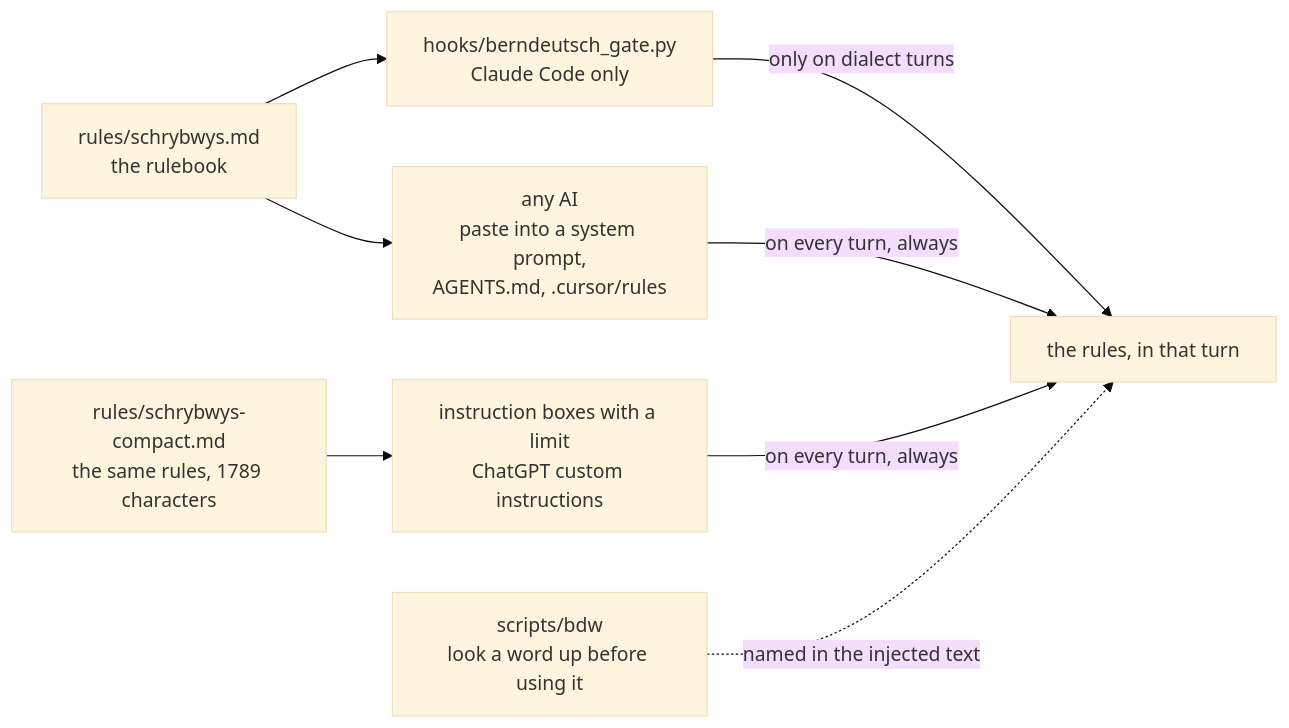
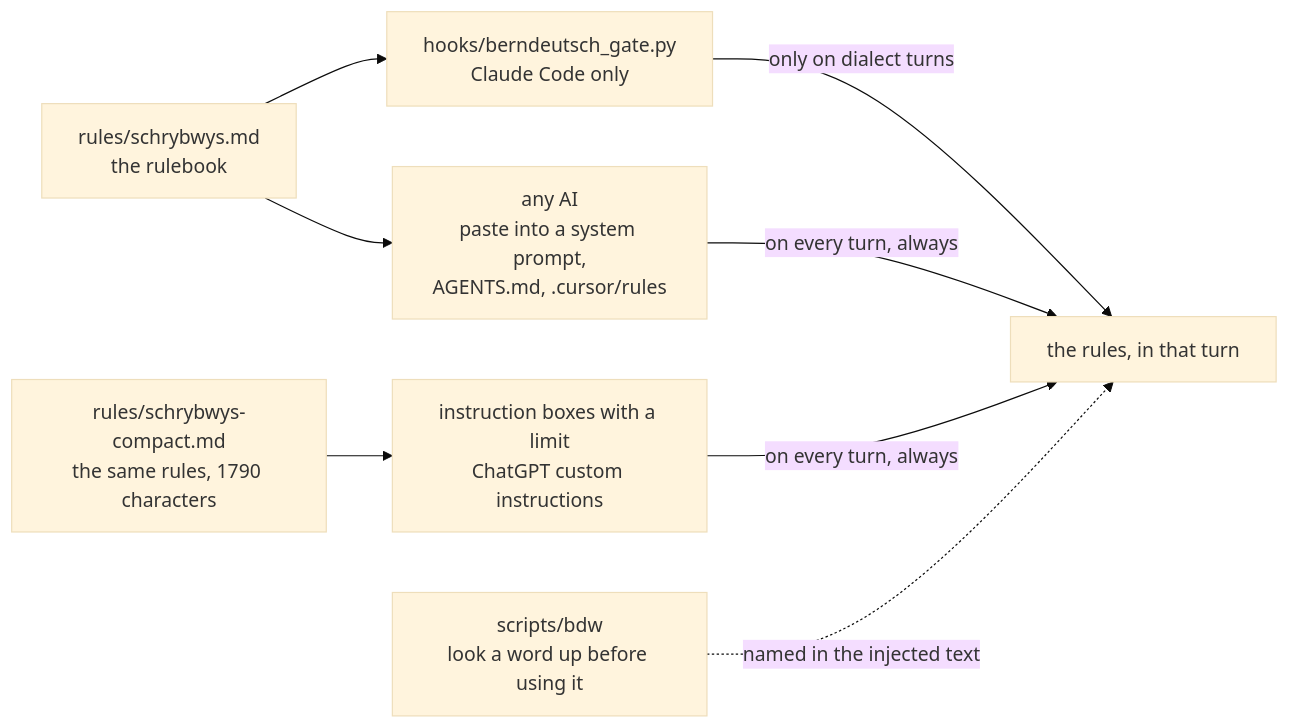
The first of 3 diagrams in README.md (sapn95/berndeutsch-for-ai), drawn with Mermaid (base theme) before and after one commit. The commit also changed other lines of this file and 3 other files, not shown here.

````diff
--- a/README.md
+++ b/README.md
@@ -54,15 +54,15 @@
 ```mermaid
 flowchart LR
     RB["rules/schrybwys.md<br/>the rulebook"]
-    CB["rules/schrybwys-compact.md<br/>the same rules, 1789 characters"]
+    CB["rules/schrybwys-compact.md<br/>the same rules, 1790 characters"]
 
     RB --> ANY["any AI<br/>paste into a system prompt,<br/>AGENTS.md, .cursor/rules"]
     CB --> BOX["instruction boxes with a limit<br/>ChatGPT custom instructions"]
     RB --> HOOK["hooks/berndeutsch_gate.py<br/>Claude Code only"]
 
     HOOK -->|"only on dialect turns"| CTX["the rules, in that turn"]
     ANY -->|"on every turn, always"| CTX
     BOX -->|"on every turn, always"| CTX
 
     BDW["scripts/bdw<br/>look a word up before using it"] -.->|"named in the injected text"| CTX
 ```
````
